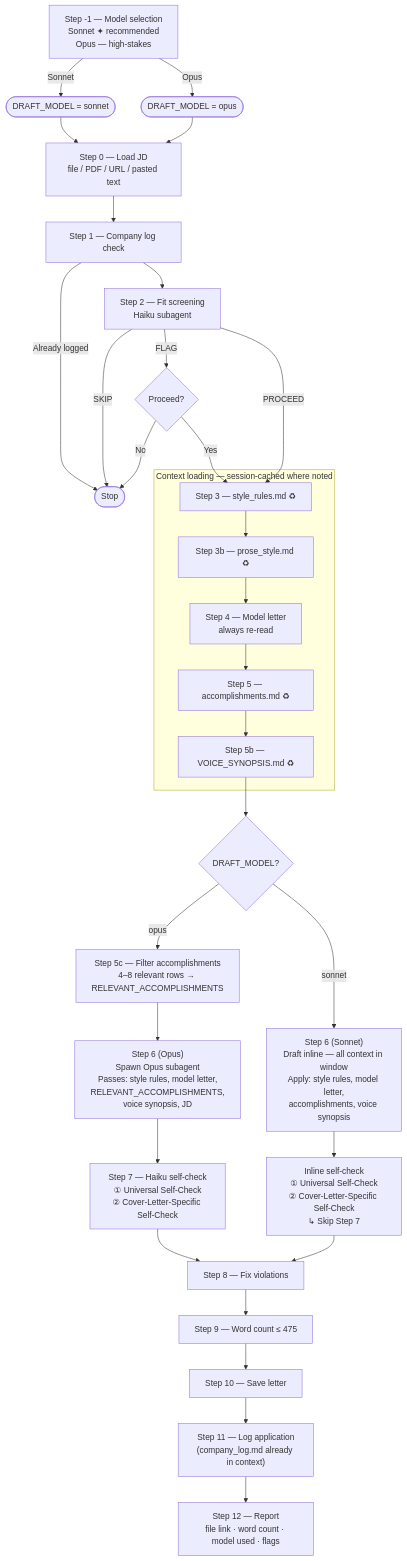
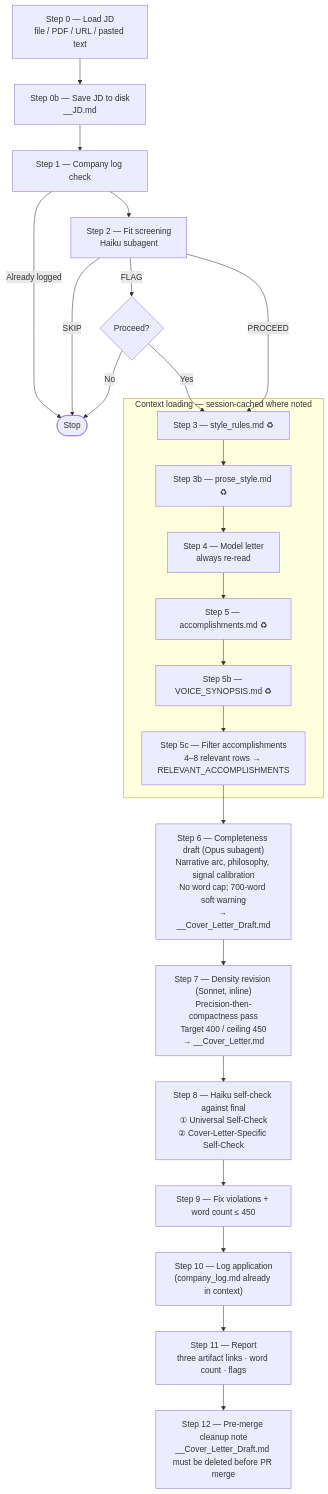
One commit to brownm09/dev-env changed the diagram in claude/skills/cover-letter/WORKFLOW.md. Above: the diagram before and after it, drawn with Mermaid. The commit also changed other lines of this file and 2 other files, not shown here.

First paragraph of the commit message:
cover-letter skill: save JD in Step 0b; two-pass draft retention
The skill had drifted from the project CLAUDE.md "How to Draft" workflow
in three ways. This PR aligns them.

````diff
--- a/claude/skills/cover-letter/WORKFLOW.md
+++ b/claude/skills/cover-letter/WORKFLOW.md
@@ -6,44 +5,33 @@
 ```mermaid
 flowchart TD
-    S_1["Step -1 — Model selection\nSonnet ✦ recommended\nOpus — high-stakes"]
-    S_1 -->|"Sonnet"| SON(["DRAFT_MODEL = sonnet"])
-    S_1 -->|"Opus"| OPU(["DRAFT_MODEL = opus"])
-    SON & OPU --> S0
-
     S0["Step 0 — Load JD\nfile / PDF / URL / pasted text"]
-    S0 --> S1["Step 1 — Company log check"]
+    S0 --> S0B["Step 0b — Save JD to disk\n__JD.md"]
+    S0B --> S1["Step 1 — Company log check"]
     S1 -->|"Already logged"| STOP(["Stop"])
     S1 --> S2
 
     S2["Step 2 — Fit screening\nHaiku subagent"]
     S2 -->|"SKIP"| STOP
     S2 -->|"FLAG"| FLAG{"Proceed?"}
     FLAG -->|"No"| STOP
     FLAG -->|"Yes"| CTX_START
     S2 -->|"PROCEED"| CTX_START
 
     subgraph CTX ["Context loading — session-cached where noted"]
         CTX_START["Step 3 — style_rules.md ♻"]
         CTX_START --> CTX_3B["Step 3b — prose_style.md ♻"]
         CTX_3B --> CTX_4["Step 4 — Model letter\nalways re-read"]
         CTX_4 --> CTX_5["Step 5 — accomplishments.md ♻"]
         CTX_5 --> CTX_5B["Step 5b — VOICE_SYNOPSIS.md ♻"]
+        CTX_5B --> S5C["Step 5c — Filter accomplishments\n4–8 relevant rows → RELEVANT_ACCOMPLISHMENTS"]
     end
 
-    CTX_5B --> BRANCH{"DRAFT_MODEL?"}
+    S5C --> S6["Step 6 — Completeness draft (Opus subagent)\nNarrative arc, philosophy, signal calibration\nNo word cap; 700-word soft warning\n→ __Cover_Letter_Draft.md"]
+    S6 --> S7["Step 7 — Density revision (Sonnet, inline)\nPrecision-then-compactness pass\nTarget 400 / ceiling 450\n→ __Cover_Letter.md"]
 
-    BRANCH -->|"opus"| S5C["Step 5c — Filter accomplishments\n4–8 relevant rows → RELEVANT_ACCOMPLISHMENTS"]
-    S5C --> OPUS_DRAFT["Step 6 (Opus)\nSpawn Opus subagent\nPasses: style rules, model letter,\nRELEVANT_ACCOMPLISHMENTS,\nvoice synopsis, JD"]
-    OPUS_DRAFT --> S7["Step 7 — Haiku self-check\n① Universal Self-Check\n② Cover-Letter-Specific Self-Check"]
-
-    BRANCH -->|"sonnet"| SONNET_DRAFT["Step 6 (Sonnet)\nDraft inline — all context in window\nApply: style rules, model letter,\naccomplishments, voice synopsis"]
-    SONNET_DRAFT --> S6_CHECK["Inline self-check\n① Universal Self-Check\n② Cover-Letter-Specific Self-Check\n↳ Skip Step 7"]
-
-    S7 --> S8["Step 8 — Fix violations"]
-    S6_CHECK --> S8
-
-    S8 --> S9["Step 9 — Word count ≤ 475"]
-    S9 --> S10["Step 10 — Save letter"]
-    S10 --> S11["Step 11 — Log application\n(company_log.md already in context)"]
-    S11 --> S12["Step 12 — Report\nfile link · word count · model used · flags"]
+    S7 --> S8["Step 8 — Haiku self-check against final\n① Universal Self-Check\n② Cover-Letter-Specific Self-Check"]
+    S8 --> S9["Step 9 — Fix violations + word count ≤ 450"]
+    S9 --> S10["Step 10 — Log application\n(company_log.md already in context)"]
+    S10 --> S11["Step 11 — Report\nthree artifact links · word count · flags"]
+    S11 --> S12["Step 12 — Pre-merge cleanup note\n__Cover_Letter_Draft.md must be deleted before PR merge"]
 ```
````
